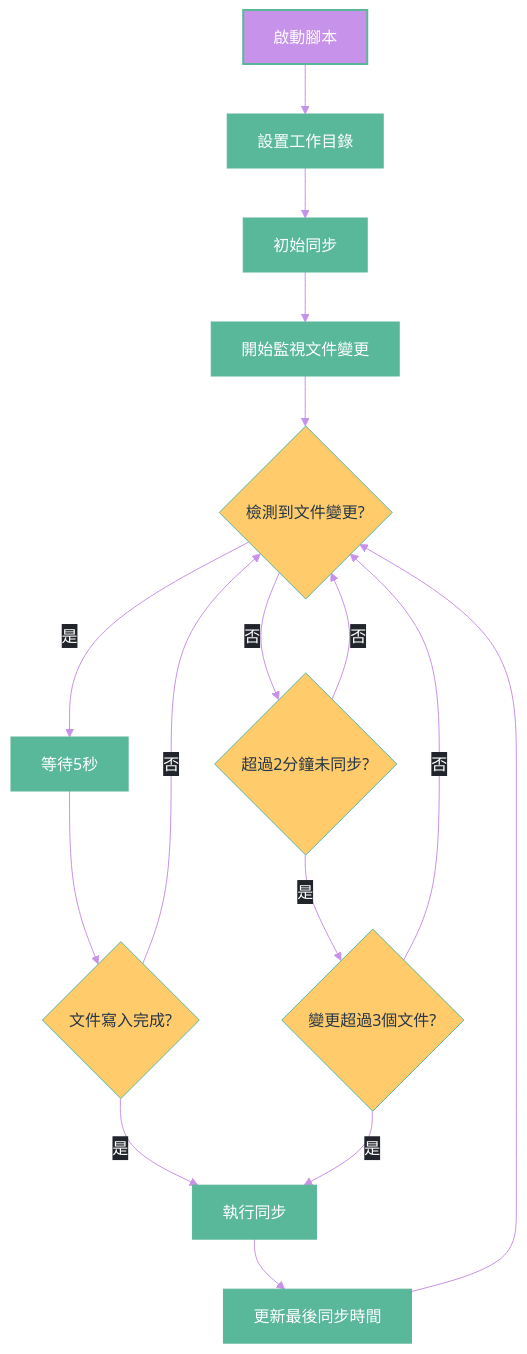
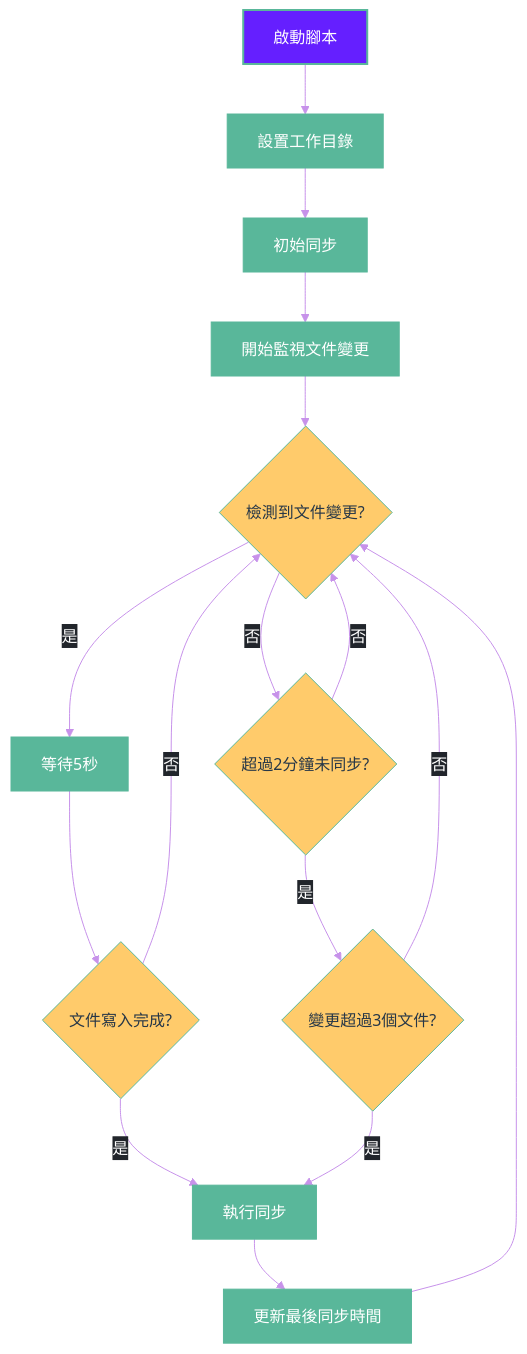
The second of 2 diagrams in Logseq同步方案演進記錄.md (GengGeng026/Sync-Logseq), drawn with Mermaid before and after one commit.

Commit message:
Auto-sync: Wed Mar 26 10:10:29 +08 2025

````diff
--- a/Logseq同步方案演進記錄.md
+++ b/Logseq同步方案演進記錄.md
@@ -375,52 +375,52 @@
 ```mermaid
 %%{init: {
   'theme': 'base', 
   'themeVariables': {
     'primaryColor': '#651FFF',
     'primaryTextColor': '#FFFFFF',
     'primaryBorderColor': '#59B79A',
     'lineColor': '#C792EA',
     'secondaryColor': '#FFCB6B',
     'tertiaryColor': '#F07178',
     'background': 'transparent',
     'textColor': '#EEFFFF',
     'mainBkg': '#273747',
     'nodeBorder': '#59B79A',
     'clusterBkg': 'transparent',
     'edgeLabelBackground': '#21252B'
   },
   'flowchart': {
     'curve': 'basis',
     'nodeSpacing': 50,
     'rankSpacing': 50,
     'padding': 15
   }
 }}%%
 flowchart TD
     %% 節點樣式優化
-    classDef start fill:#C792EA,stroke:#59B79A,color:#FFFFFF,stroke-width:2px;
+    classDef start fill:#651FFF,stroke:#59B79A,color:#FFFFFF,stroke-width:2px;
     classDef process fill:#59B79A,stroke:#59B79A,color:#FFFFFF,stroke-width:1px;
     classDef condition fill:#FFCB6B,stroke:#59B79A,color:#273747,stroke-width:1px,shape:diamond;
     classDef action fill:#F07178,stroke:#59B79A,color:#FFFFFF,stroke-width:1px;
     
     A[啟動腳本] --> B[設置工作目錄]
     B --> C[初始同步]
     C --> D[開始監視文件變更]
     D --> E{檢測到文件變更?}
     E -->|是| F[等待5秒]
     F --> G{文件寫入完成?}
     G -->|是| H[執行同步]
     G -->|否| E
     E -->|否| I{超過2分鐘未同步?}
     I -->|是| J{變更超過3個文件?}
     J -->|是| H
     J -->|否| E
     I -->|否| E
     H --> K[更新最後同步時間]
     K --> E
     
     %% 應用樣式
     class A start;
     class B,C,D,F,H,K process;
     class E,G,I,J condition;
 ```
````
